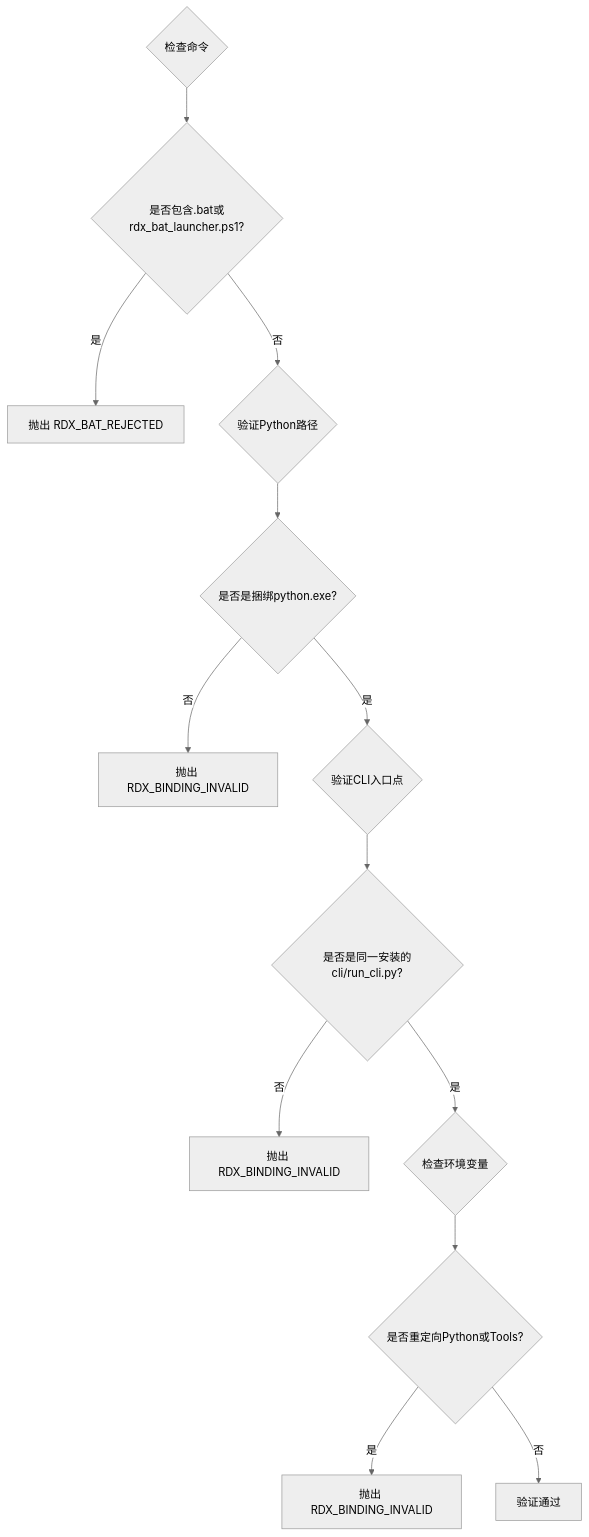
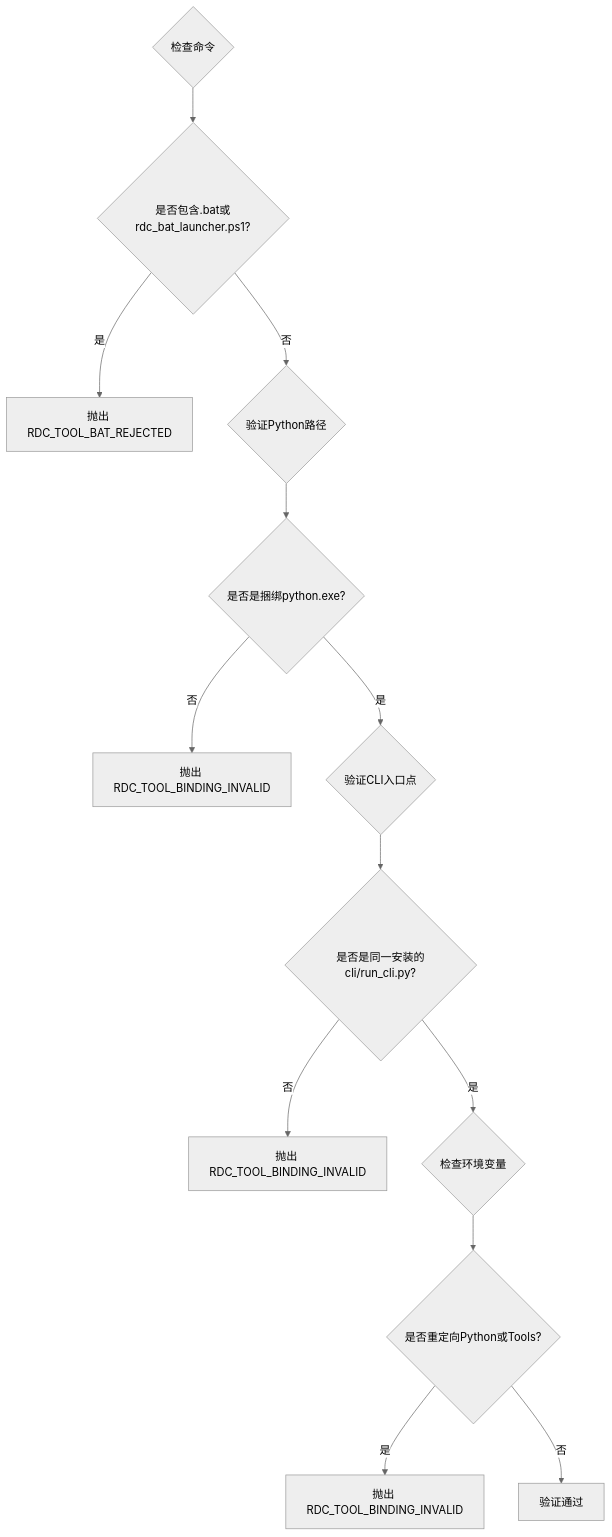
The fourth of 7 diagrams in .qoder/repowiki/zh/content/核心模块/工具系统/RDX CLI 调用器.md (haolange/RDC-Agent), drawn with Mermaid (neutral theme) before and after one commit. The commit also changed other lines of this file and 557 other files, not shown here.

First line of the commit message:
Unify RDC-Agent identity and canonical RDC-Tool integration

````diff
--- a/.qoder/repowiki/zh/content/核心模块/工具系统/RDX CLI 调用器.md
+++ b/.qoder/repowiki/zh/content/核心模块/工具系统/RDX CLI 调用器.md
@@ -194,15 +194,15 @@
 ```mermaid
 flowchart TD
-CheckCommand{"检查命令"} --> BatReject{"是否包含.bat或rdx_bat_launcher.ps1?"}
-BatReject --> |是| RejectBat["抛出 RDX_BAT_REJECTED"]
+CheckCommand{"检查命令"} --> BatReject{"是否包含.bat或rdc_bat_launcher.ps1?"}
+BatReject --> |是| RejectBat["抛出 RDC_TOOL_BAT_REJECTED"]
 BatReject --> |否| CheckPython{"验证Python路径"}
 CheckPython --> PythonValid{"是否是捆绑python.exe?"}
-PythonValid --> |否| RejectPython["抛出 RDX_BINDING_INVALID"]
+PythonValid --> |否| RejectPython["抛出 RDC_TOOL_BINDING_INVALID"]
 PythonValid --> |是| CheckEntry{"验证CLI入口点"}
 CheckEntry --> EntryValid{"是否是同一安装的cli/run_cli.py?"}
-EntryValid --> |否| RejectEntry["抛出 RDX_BINDING_INVALID"]
+EntryValid --> |否| RejectEntry["抛出 RDC_TOOL_BINDING_INVALID"]
 EntryValid --> |是| CheckEnv{"检查环境变量"}
 CheckEnv --> EnvValid{"是否重定向Python或Tools?"}
-EnvValid --> |是| RejectEnv["抛出 RDX_BINDING_INVALID"]
+EnvValid --> |是| RejectEnv["抛出 RDC_TOOL_BINDING_INVALID"]
 EnvValid --> |否| Pass["验证通过"]
 ```
````
